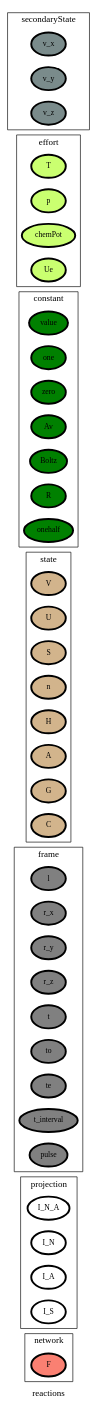
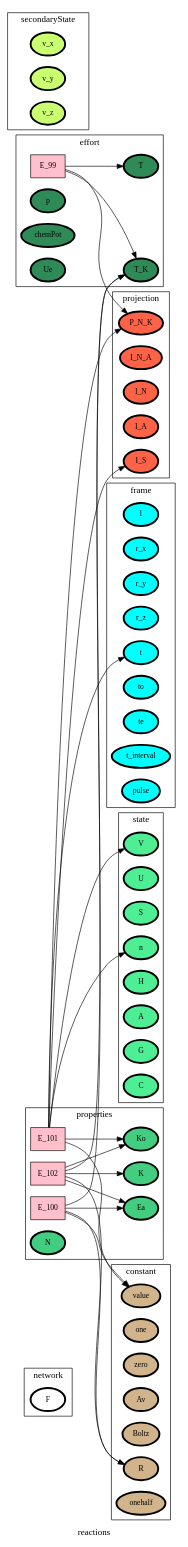
One commit to heinz-preisig/sandbox21 changed the diagram in ontology_graphs/graph__reactions.dot. Above: the diagram before and after it, drawn with Graphviz. The commit also changed 69 other files, not shown here.

```diff
--- a/ontology_graphs/graph__reactions.dot
+++ b/ontology_graphs/graph__reactions.dot
@@ -1,85 +1,119 @@
 digraph reactions {
 label=reactions;
 rankdir=LR;
 subgraph cluster_reactions___network {
 label=network;
 rankdir=LR;
-V_10 [fillcolor=salmon, fontsize=12, label=F, penwidth=3, style=filled];
+V_10 [fillcolor=white, fontsize=12, label=F, penwidth=3, style=filled];
 }
 
 subgraph cluster_reactions___projection {
 label=projection;
 rankdir=LR;
-V_48 [fillcolor=white, fontsize=12, label=I_N_A, penwidth=3, style=filled];
-V_96 [fillcolor=white, fontsize=12, label=I_N, penwidth=3, style=filled];
-V_97 [fillcolor=white, fontsize=12, label=I_A, penwidth=3, style=filled];
-V_98 [fillcolor=white, fontsize=12, label=I_S, penwidth=3, style=filled];
+V_113 [fillcolor=tomato, fontsize=12, label=P_N_K, penwidth=3, style=filled];
+V_48 [fillcolor=tomato, fontsize=12, label=I_N_A, penwidth=3, style=filled];
+V_96 [fillcolor=tomato, fontsize=12, label=I_N, penwidth=3, style=filled];
+V_97 [fillcolor=tomato, fontsize=12, label=I_A, penwidth=3, style=filled];
+V_98 [fillcolor=tomato, fontsize=12, label=I_S, penwidth=3, style=filled];
 }
 
 subgraph cluster_reactions___differenceOperator {
 label=differenceOperator;
 rankdir=LR;
 }
 
 subgraph cluster_reactions___frame {
 label=frame;
 rankdir=LR;
-V_11 [fillcolor=grey, fontsize=12, label=l, penwidth=3, style=filled];
-V_12 [fillcolor=grey, fontsize=12, label=r_x, penwidth=3, style=filled];
-V_13 [fillcolor=grey, fontsize=12, label=r_y, penwidth=3, style=filled];
-V_14 [fillcolor=grey, fontsize=12, label=r_z, penwidth=3, style=filled];
-V_4 [fillcolor=grey, fontsize=12, label=t, penwidth=3, style=filled];
-V_5 [fillcolor=grey, fontsize=12, label=to, penwidth=3, style=filled];
-V_6 [fillcolor=grey, fontsize=12, label=te, penwidth=3, style=filled];
-V_7 [fillcolor=grey, fontsize=12, label=t_interval, penwidth=3, style=filled];
-V_9 [fillcolor=grey, fontsize=12, label=pulse, penwidth=3, style=filled];
+V_11 [fillcolor=cyan, fontsize=12, label=l, penwidth=3, style=filled];
+V_12 [fillcolor=cyan, fontsize=12, label=r_x, penwidth=3, style=filled];
+V_13 [fillcolor=cyan, fontsize=12, label=r_y, penwidth=3, style=filled];
+V_14 [fillcolor=cyan, fontsize=12, label=r_z, penwidth=3, style=filled];
+V_4 [fillcolor=cyan, fontsize=12, label=t, penwidth=3, style=filled];
+V_5 [fillcolor=cyan, fontsize=12, label=to, penwidth=3, style=filled];
+V_6 [fillcolor=cyan, fontsize=12, label=te, penwidth=3, style=filled];
+V_7 [fillcolor=cyan, fontsize=12, label=t_interval, penwidth=3, style=filled];
+V_9 [fillcolor=cyan, fontsize=12, label=pulse, penwidth=3, style=filled];
 }
 
 subgraph cluster_reactions___state {
 label=state;
 rankdir=LR;
-V_15 [fillcolor=tan, fontsize=12, label=V, penwidth=3, style=filled];
-V_16 [fillcolor=tan, fontsize=12, label=U, penwidth=3, style=filled];
-V_17 [fillcolor=tan, fontsize=12, label=S, penwidth=3, style=filled];
-V_18 [fillcolor=tan, fontsize=12, label=n, penwidth=3, style=filled];
-V_22 [fillcolor=tan, fontsize=12, label=H, penwidth=3, style=filled];
-V_23 [fillcolor=tan, fontsize=12, label=A, penwidth=3, style=filled];
-V_24 [fillcolor=tan, fontsize=12, label=G, penwidth=3, style=filled];
-V_25 [fillcolor=tan, fontsize=12, label=C, penwidth=3, style=filled];
+V_15 [fillcolor=seagreen2, fontsize=12, label=V, penwidth=3, style=filled];
+V_16 [fillcolor=seagreen2, fontsize=12, label=U, penwidth=3, style=filled];
+V_17 [fillcolor=seagreen2, fontsize=12, label=S, penwidth=3, style=filled];
+V_18 [fillcolor=seagreen2, fontsize=12, label=n, penwidth=3, style=filled];
+V_22 [fillcolor=seagreen2, fontsize=12, label=H, penwidth=3, style=filled];
+V_23 [fillcolor=seagreen2, fontsize=12, label=A, penwidth=3, style=filled];
+V_24 [fillcolor=seagreen2, fontsize=12, label=G, penwidth=3, style=filled];
+V_25 [fillcolor=seagreen2, fontsize=12, label=C, penwidth=3, style=filled];
 }
 
 subgraph cluster_reactions___constant {
 label=constant;
 rankdir=LR;
-V_1 [fillcolor=green, fontsize=12, label=value, penwidth=3, style=filled];
-V_2 [fillcolor=green, fontsize=12, label=one, penwidth=3, style=filled];
-V_3 [fillcolor=green, fontsize=12, label=zero, penwidth=3, style=filled];
-V_32 [fillcolor=green, fontsize=12, label=Av, penwidth=3, style=filled];
-V_33 [fillcolor=green, fontsize=12, label=Boltz, penwidth=3, style=filled];
-V_34 [fillcolor=green, fontsize=12, label=R, penwidth=3, style=filled];
-V_8 [fillcolor=green, fontsize=12, label=onehalf, penwidth=3, style=filled];
+V_1 [fillcolor=tan, fontsize=12, label=value, penwidth=3, style=filled];
+V_2 [fillcolor=tan, fontsize=12, label=one, penwidth=3, style=filled];
+V_3 [fillcolor=tan, fontsize=12, label=zero, penwidth=3, style=filled];
+V_32 [fillcolor=tan, fontsize=12, label=Av, penwidth=3, style=filled];
+V_33 [fillcolor=tan, fontsize=12, label=Boltz, penwidth=3, style=filled];
+V_34 [fillcolor=tan, fontsize=12, label=R, penwidth=3, style=filled];
+V_8 [fillcolor=tan, fontsize=12, label=onehalf, penwidth=3, style=filled];
 }
 
+E_99 -> V_113  [splines=ortho];
+E_99 -> V_19  [splines=ortho];
 subgraph cluster_reactions___effort {
 label=effort;
 rankdir=LR;
-V_19 [fillcolor=darkolivegreen1, fontsize=12, label=T, penwidth=3, style=filled];
-V_20 [fillcolor=darkolivegreen1, fontsize=12, label=p, penwidth=3, style=filled];
-V_21 [fillcolor=darkolivegreen1, fontsize=12, label=chemPot, penwidth=3, style=filled];
-V_35 [fillcolor=darkolivegreen1, fontsize=12, label=Ue, penwidth=3, style=filled];
+V_114 [fillcolor=seagreen4, fontsize=12, label=T_K, penwidth=3, style=filled];
+V_19 [fillcolor=seagreen4, fontsize=12, label=T, penwidth=3, style=filled];
+V_20 [fillcolor=seagreen4, fontsize=12, label=p, penwidth=3, style=filled];
+V_21 [fillcolor=seagreen4, fontsize=12, label=chemPot, penwidth=3, style=filled];
+V_35 [fillcolor=seagreen4, fontsize=12, label=Ue, penwidth=3, style=filled];
+E_99 [fillcolor=pink, fontsize=12, shape=box, style=filled];
+E_99 -> V_114  [splines=ortho];
 }
 
 subgraph cluster_reactions___secondaryState {
 label=secondaryState;
 rankdir=LR;
-V_27 [fillcolor=lightcyan4, fontsize=12, label=v_x, penwidth=3, style=filled];
-V_28 [fillcolor=lightcyan4, fontsize=12, label=v_y, penwidth=3, style=filled];
-V_29 [fillcolor=lightcyan4, fontsize=12, label=v_z, penwidth=3, style=filled];
+V_27 [fillcolor=darkolivegreen1, fontsize=12, label=v_x, penwidth=3, style=filled];
+V_28 [fillcolor=darkolivegreen1, fontsize=12, label=v_y, penwidth=3, style=filled];
+V_29 [fillcolor=darkolivegreen1, fontsize=12, label=v_z, penwidth=3, style=filled];
 }
 
 subgraph cluster_reactions___diffState {
 label=diffState;
 rankdir=LR;
 }
 
+E_100 -> V_1  [splines=ortho];
+E_100 -> V_114  [splines=ortho];
+E_100 -> V_34  [splines=ortho];
+E_101 -> V_1  [splines=ortho];
+E_101 -> V_113  [splines=ortho];
+E_101 -> V_15  [splines=ortho];
+E_101 -> V_18  [splines=ortho];
+E_101 -> V_4  [splines=ortho];
+E_101 -> V_98  [splines=ortho];
+E_102 -> V_114  [splines=ortho];
+E_102 -> V_115  [splines=ortho];
+E_102 -> V_116  [splines=ortho];
+E_102 -> V_34  [splines=ortho];
+subgraph cluster_reactions___properties {
+label=properties;
+rankdir=LR;
+V_115 [fillcolor=seagreen3, fontsize=12, label=Ea, penwidth=3, style=filled];
+V_116 [fillcolor=seagreen3, fontsize=12, label=Ko, penwidth=3, style=filled];
+V_117 [fillcolor=seagreen3, fontsize=12, label=K, penwidth=3, style=filled];
+V_118 [fillcolor=seagreen3, fontsize=12, label=N, penwidth=3, style=filled];
+E_100 [fillcolor=pink, fontsize=12, shape=box, style=filled];
+E_100 -> V_115  [splines=ortho];
+E_101 [fillcolor=pink, fontsize=12, shape=box, style=filled];
+E_101 -> V_116  [splines=ortho];
+E_102 [fillcolor=pink, fontsize=12, shape=box, style=filled];
+E_102 -> V_117  [splines=ortho];
 }
+
+}
```
